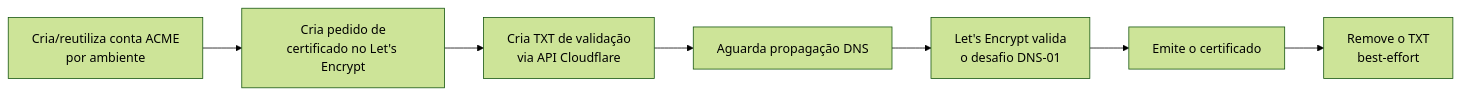
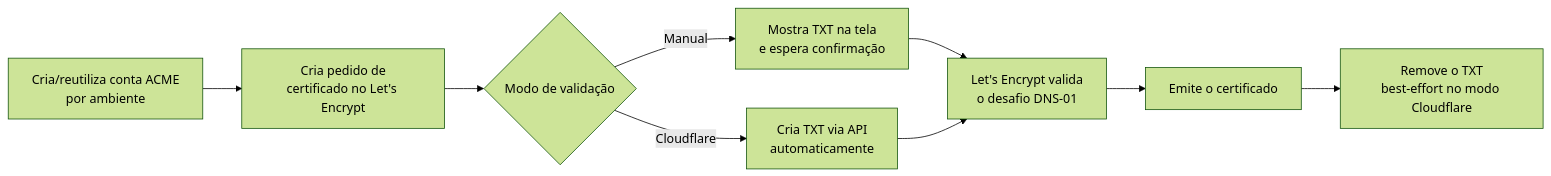
The second of 2 diagrams in README.md (FJK-20/cert-discovery), drawn with Mermaid (forest theme) before and after one commit. The commit also changed other lines of this file and 11 other files, not shown here.

````diff
--- a/README.md
+++ b/README.md
@@ -175,9 +183,11 @@
 ```mermaid
 flowchart LR
     A[Cria/reutiliza conta ACME<br/>por ambiente] --> B[Cria pedido de<br/>certificado no Let's Encrypt]
-    B --> C[Cria TXT de validação<br/>via API Cloudflare]
-    C --> D[Aguarda propagação DNS]
-    D --> E[Let's Encrypt valida<br/>o desafio DNS-01]
+    B --> C{Modo de validação}
+    C -->|Manual| D1[Mostra TXT na tela<br/>e espera confirmação]
+    C -->|Cloudflare| D2[Cria TXT via API<br/>automaticamente]
+    D1 --> E[Let's Encrypt valida<br/>o desafio DNS-01]
+    D2 --> E
     E --> F[Emite o certificado]
-    F --> G[Remove o TXT<br/>best-effort]
+    F --> G[Remove o TXT<br/>best-effort no modo Cloudflare]
 ```
````
